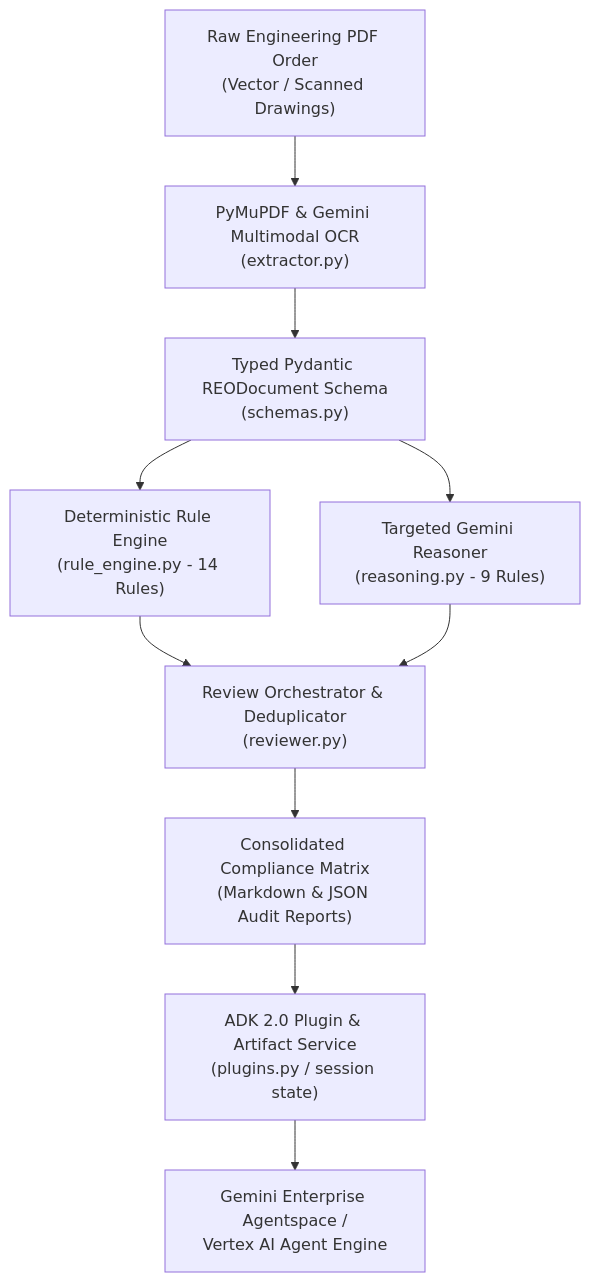
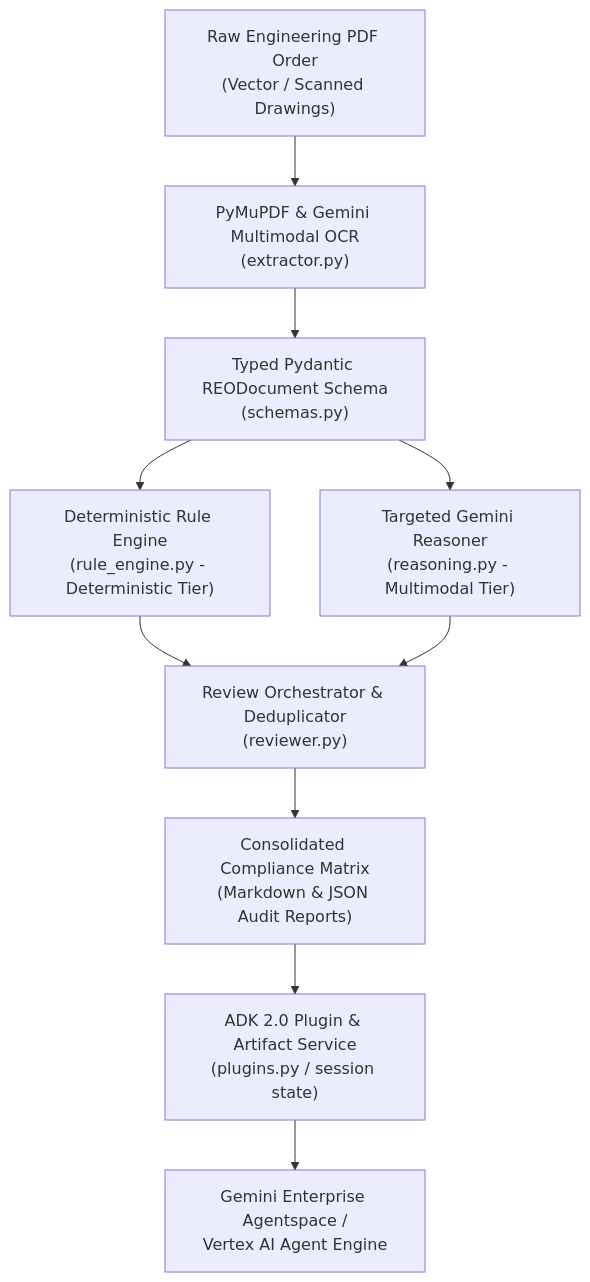
The first of 4 diagrams in examples/aircraft-aerospace-agents/AEROSPACE_REO_COMPLIANCE_BLUEPRINT.md (julius-dev-google/ce-enterprise-blueprint-docs), drawn with Mermaid before and after one commit. The commit also changed other lines of this file and 9 other files, not shown here.

````diff
--- a/examples/aircraft-aerospace-agents/AEROSPACE_REO_COMPLIANCE_BLUEPRINT.md
+++ b/examples/aircraft-aerospace-agents/AEROSPACE_REO_COMPLIANCE_BLUEPRINT.md
@@ -43,12 +47,12 @@
 ```mermaid
 graph TD
     A["Raw Engineering PDF Order<br>(Vector / Scanned Drawings)"] --> B["PyMuPDF & Gemini Multimodal OCR<br>(extractor.py)"]
     B --> C["Typed Pydantic REODocument Schema<br>(schemas.py)"]
-    C --> D["Deterministic Rule Engine<br>(rule_engine.py - 14 Rules)"]
-    C --> E["Targeted Gemini Reasoner<br>(reasoning.py - 9 Rules)"]
+    C --> D["Deterministic Rule Engine<br>(rule_engine.py - Deterministic Tier)"]
+    C --> E["Targeted Gemini Reasoner<br>(reasoning.py - Multimodal Tier)"]
     D --> F["Review Orchestrator & Deduplicator<br>(reviewer.py)"]
     E --> F
     F --> G["Consolidated Compliance Matrix<br>(Markdown & JSON Audit Reports)"]
     G --> H["ADK 2.0 Plugin & Artifact Service<br>(plugins.py / session state)"]
     H --> I["Gemini Enterprise Agentspace /<br>Vertex AI Agent Engine"]
 ```
````
